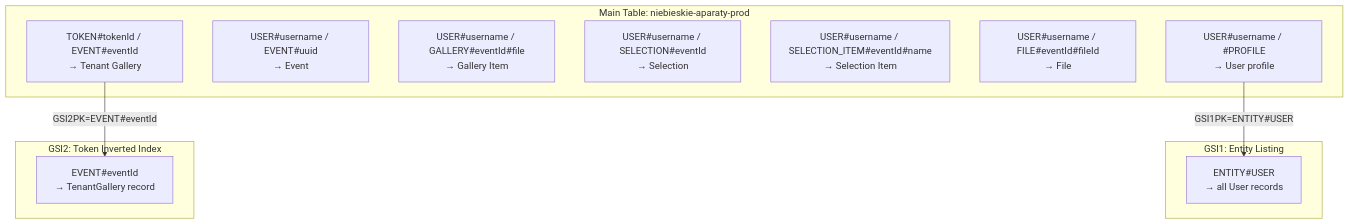
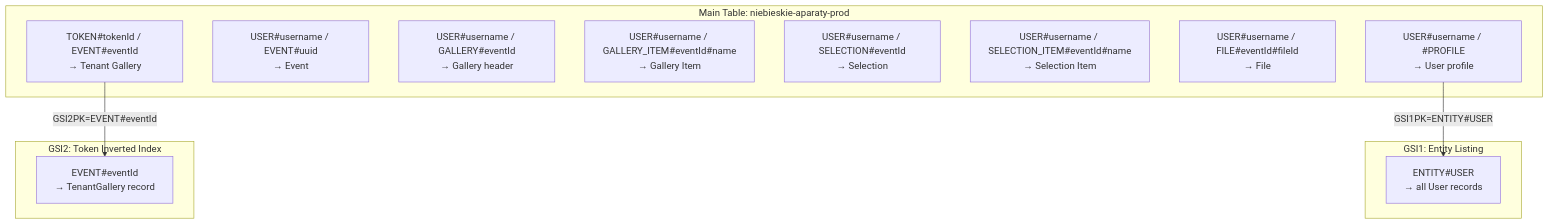
Before and after one commit to PiotrMigaj/niebieskie-aparaty-admin-v2: the second of 2 diagrams in dynamodb-desing/single-table-design.md, drawn with Mermaid. The commit also changed other lines of this file and 36 other files, not shown here.

````diff
--- a/dynamodb-desing/single-table-design.md
+++ b/dynamodb-desing/single-table-design.md
@@ -380,23 +431,24 @@
 ```mermaid
 graph TD
     subgraph Main Table ["Main Table: niebieskie-aparaty-prod"]
         U["USER#username / #PROFILE<br/>→ User profile"]
         E["USER#username / EVENT#uuid<br/>→ Event"]
-        G["USER#username / GALLERY#eventId#file<br/>→ Gallery Item"]
+        GH["USER#username / GALLERY#eventId<br/>→ Gallery header"]
+        GI["USER#username / GALLERY_ITEM#eventId#name<br/>→ Gallery Item"]
         S["USER#username / SELECTION#eventId<br/>→ Selection"]
         SI["USER#username / SELECTION_ITEM#eventId#name<br/>→ Selection Item"]
         F["USER#username / FILE#eventId#fileId<br/>→ File"]
         TG["TOKEN#tokenId / EVENT#eventId<br/>→ Tenant Gallery"]
     end
 
     subgraph GSI1 ["GSI1: Entity Listing"]
         G1["ENTITY#USER<br/>→ all User records"]
     end
 
     subgraph GSI2 ["GSI2: Token Inverted Index"]
         G2["EVENT#eventId<br/>→ TenantGallery record"]
     end
 
     U -- "GSI1PK=ENTITY#USER" --> G1
     TG -- "GSI2PK=EVENT#eventId" --> G2
 ```
````
